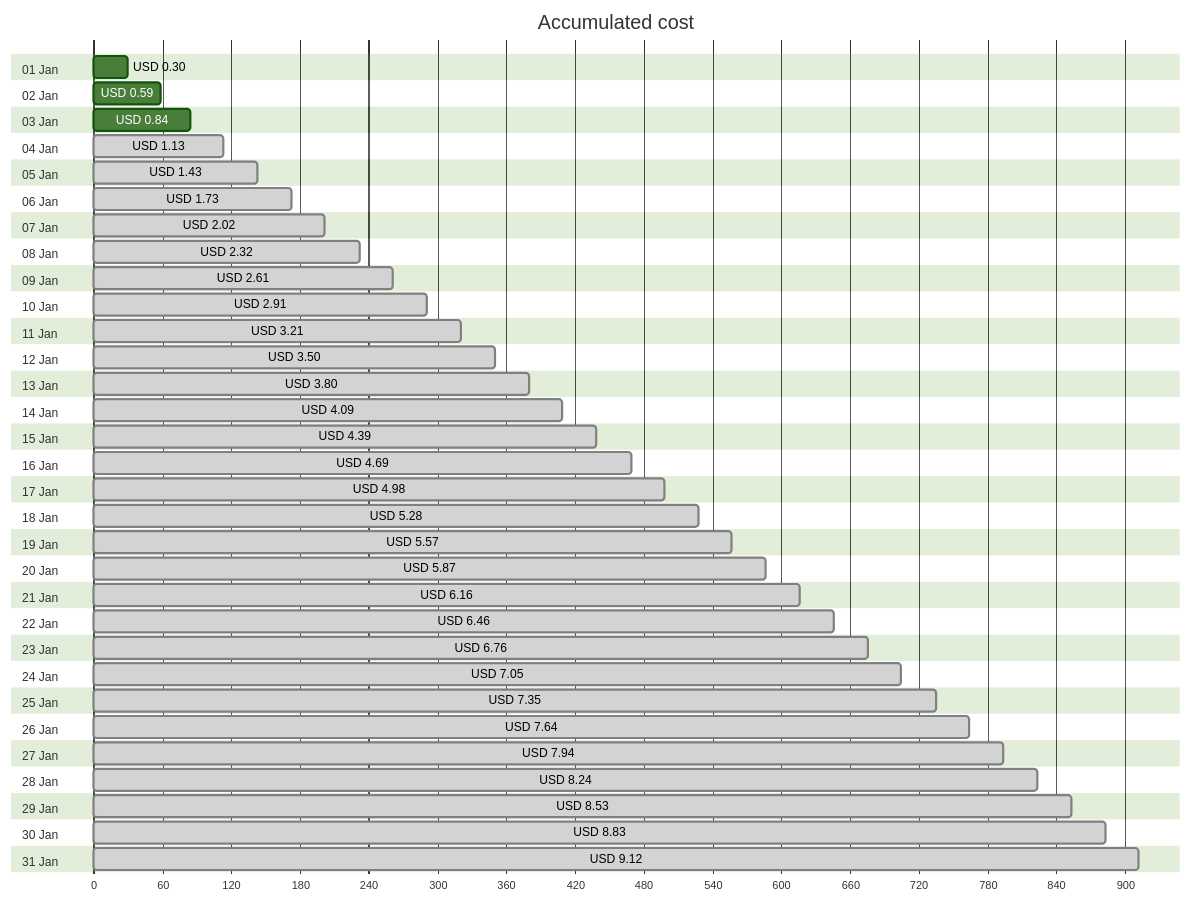
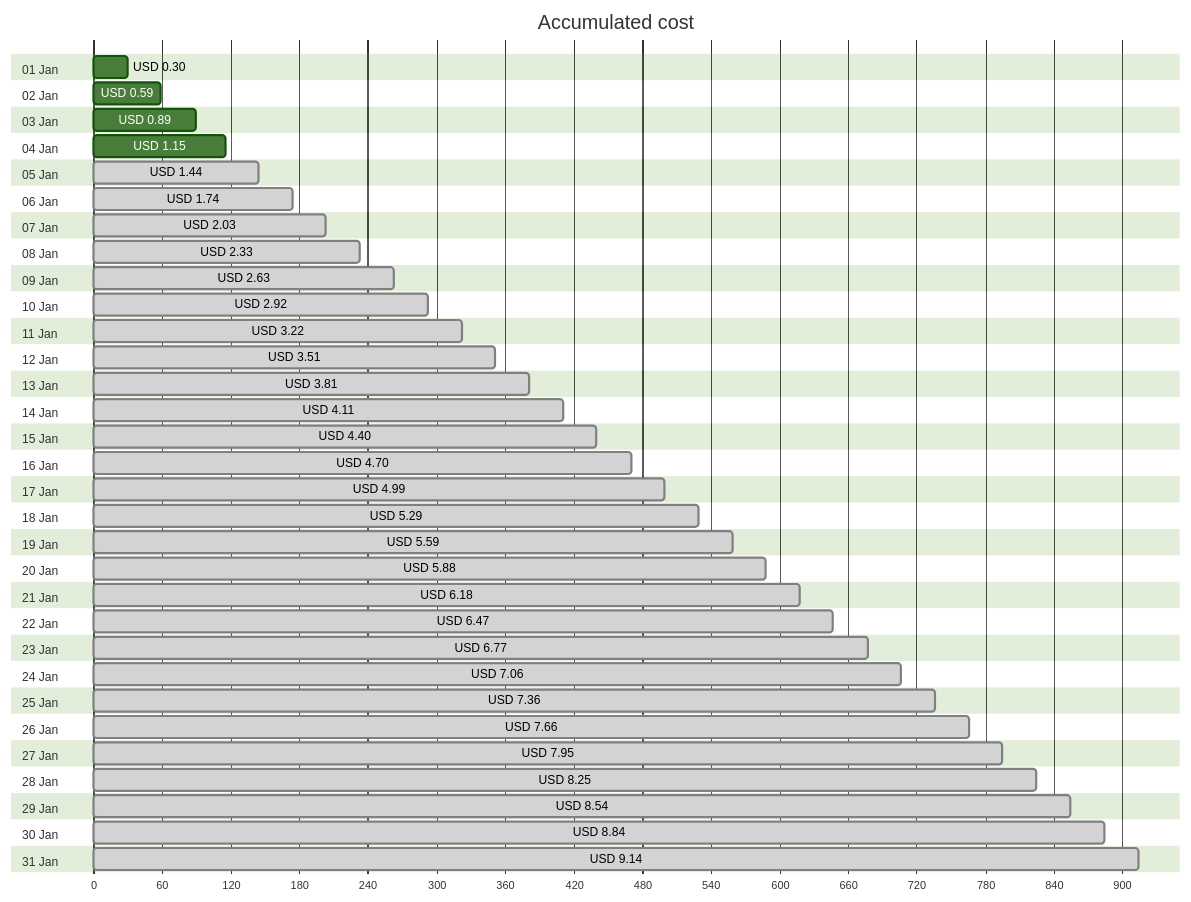
Before and after one commit to jpfulton/azure-personal-reports: the first of 4 diagrams in cost-reports/personal-site/personal-site.md, drawn with Mermaid (forest theme). The commit also changed other lines of this file and 6 other files, not shown here.

````diff
--- a/cost-reports/personal-site/personal-site.md
+++ b/cost-reports/personal-site/personal-site.md
@@ -20,68 +20,68 @@
 ```mermaid
 gantt
    title Accumulated cost
    dateFormat  X
    axisFormat %s
    section 01 Jan
    USD 0.30 :0, 30
    section 02 Jan
    USD 0.59 :0, 59
    section 03 Jan
-   USD 0.84 :0, 84
+   USD 0.89 :0, 89
    section 04 Jan
-   USD 1.13 : done, 0, 113
+   USD 1.15 :0, 115
    section 05 Jan
-   USD 1.43 : done, 0, 143
+   USD 1.44 : done, 0, 144
    section 06 Jan
-   USD 1.73 : done, 0, 173
+   USD 1.74 : done, 0, 174
    section 07 Jan
-   USD 2.02 : done, 0, 202
+   USD 2.03 : done, 0, 203
    section 08 Jan
-   USD 2.32 : done, 0, 232
+   USD 2.33 : done, 0, 233
    section 09 Jan
-   USD 2.61 : done, 0, 261
+   USD 2.63 : done, 0, 263
    section 10 Jan
-   USD 2.91 : done, 0, 291
+   USD 2.92 : done, 0, 292
    section 11 Jan
-   USD 3.21 : done, 0, 321
+   USD 3.22 : done, 0, 322
    section 12 Jan
-   USD 3.50 : done, 0, 350
+   USD 3.51 : done, 0, 351
    section 13 Jan
-   USD 3.80 : done, 0, 380
+   USD 3.81 : done, 0, 381
    section 14 Jan
-   USD 4.09 : done, 0, 409
+   USD 4.11 : done, 0, 411
    section 15 Jan
-   USD 4.39 : done, 0, 439
+   USD 4.40 : done, 0, 440
    section 16 Jan
-   USD 4.69 : done, 0, 469
+   USD 4.70 : done, 0, 470
    section 17 Jan
-   USD 4.98 : done, 0, 498
+   USD 4.99 : done, 0, 499
    section 18 Jan
-   USD 5.28 : done, 0, 528
+   USD 5.29 : done, 0, 529
    section 19 Jan
-   USD 5.57 : done, 0, 557
+   USD 5.59 : done, 0, 559
    section 20 Jan
-   USD 5.87 : done, 0, 587
+   USD 5.88 : done, 0, 588
    section 21 Jan
-   USD 6.16 : done, 0, 616
+   USD 6.18 : done, 0, 618
    section 22 Jan
-   USD 6.46 : done, 0, 646
+   USD 6.47 : done, 0, 647
    section 23 Jan
-   USD 6.76 : done, 0, 676
+   USD 6.77 : done, 0, 677
    section 24 Jan
-   USD 7.05 : done, 0, 705
+   USD 7.06 : done, 0, 706
    section 25 Jan
-   USD 7.35 : done, 0, 735
+   USD 7.36 : done, 0, 736
    section 26 Jan
-   USD 7.64 : done, 0, 764
+   USD 7.66 : done, 0, 766
    section 27 Jan
-   USD 7.94 : done, 0, 794
+   USD 7.95 : done, 0, 795
    section 28 Jan
-   USD 8.24 : done, 0, 824
+   USD 8.25 : done, 0, 825
    section 29 Jan
-   USD 8.53 : done, 0, 853
+   USD 8.54 : done, 0, 854
    section 30 Jan
-   USD 8.83 : done, 0, 883
+   USD 8.84 : done, 0, 884
    section 31 Jan
-   USD 9.12 : done, 0, 912
+   USD 9.14 : done, 0, 914
 ```
````
